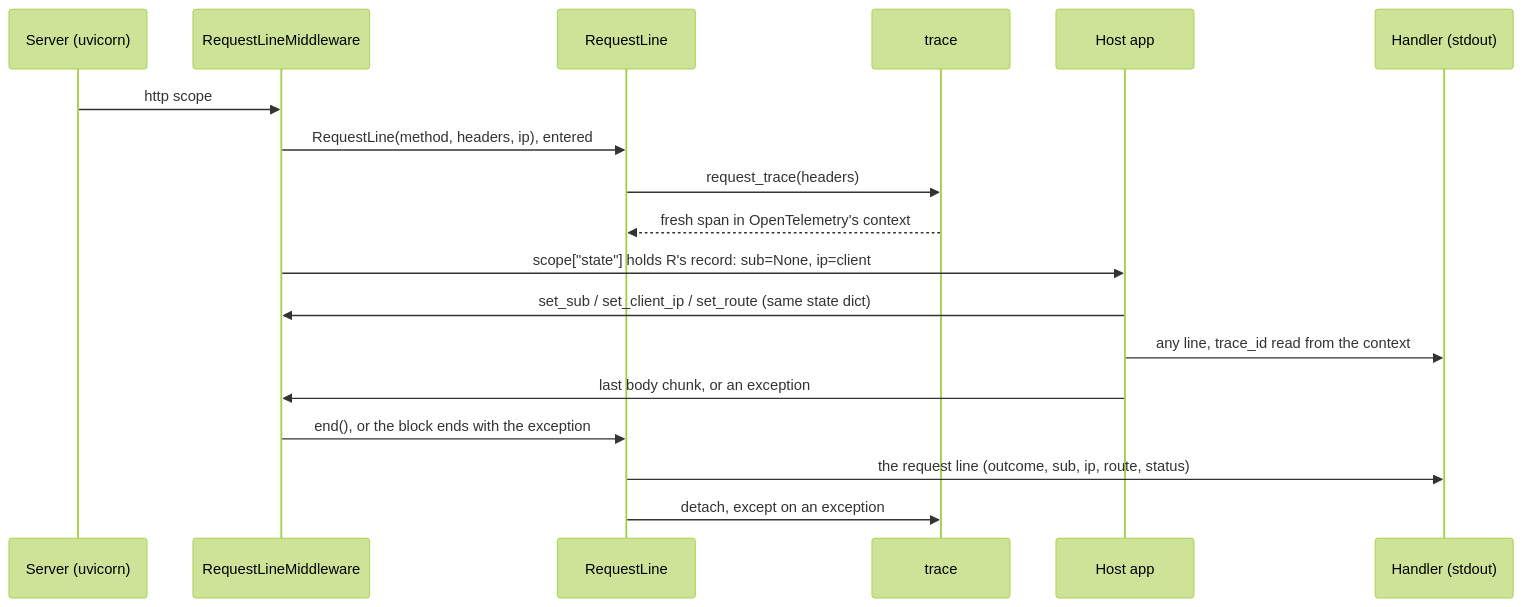
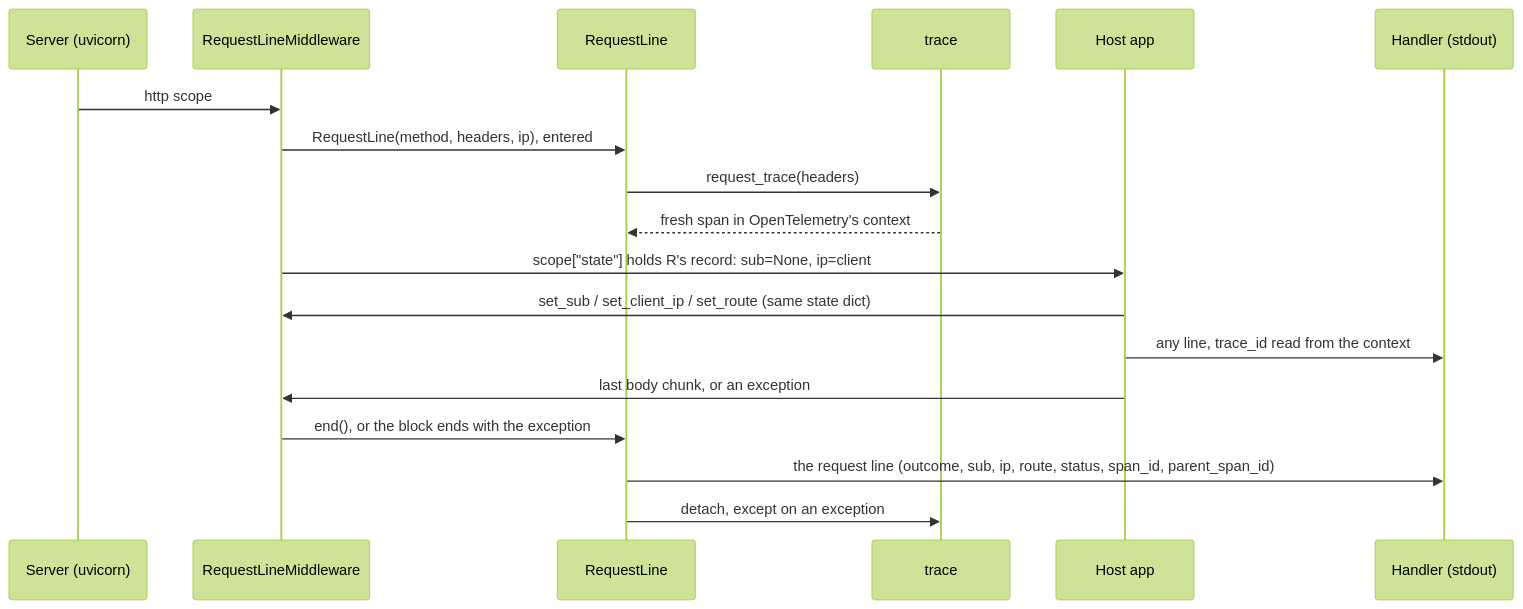
One commit to overnightworks/logline changed the second of 2 diagrams in docs/ARCHITECTURE.md. Above: the diagram before and after it, drawn with Mermaid (forest theme). The commit also changed other lines of this file and 16 other files, not shown here.

````diff
--- a/docs/ARCHITECTURE.md
+++ b/docs/ARCHITECTURE.md
@@ -84,20 +88,20 @@
 ```mermaid
 sequenceDiagram
     participant S as Server (uvicorn)
     participant M as RequestLineMiddleware
     participant R as RequestLine
     participant T as trace
     participant A as Host app
     participant L as Handler (stdout)
     S->>M: http scope
     M->>R: RequestLine(method, headers, ip), entered
     R->>T: request_trace(headers)
     T-->>R: fresh span in OpenTelemetry's context
     M->>A: scope["state"] holds R's record: sub=None, ip=client
     A->>M: set_sub / set_client_ip / set_route (same state dict)
     A->>L: any line, trace_id read from the context
     A->>M: last body chunk, or an exception
     M->>R: end(), or the block ends with the exception
-    R->>L: the request line (outcome, sub, ip, route, status)
+    R->>L: the request line (outcome, sub, ip, route, status, span_id, parent_span_id)
     R->>T: detach, except on an exception
 ```
````
